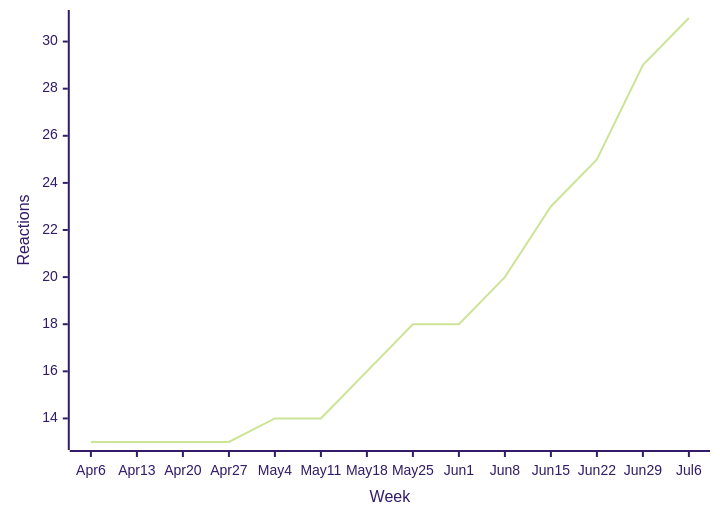
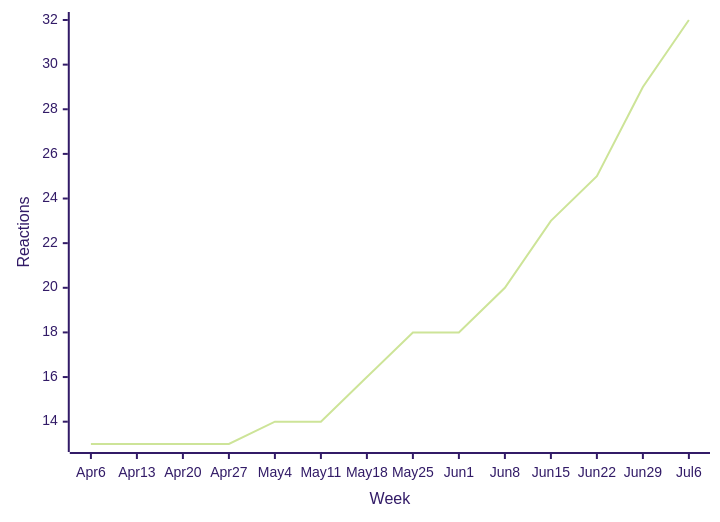
The eighth of 48 diagrams in README.md (loic-sharma/github-insights), drawn with Mermaid (forest theme) before and after one commit. The commit also changed other lines of this file and 2 other files, not shown here.

````diff
--- a/README.md
+++ b/README.md
@@ -458,6 +458,6 @@
   ```mermaid
   xychart-beta
     x-axis "Week" [Apr 6, Apr 13, Apr 20, Apr 27, May 4, May 11, May 18, May 25, Jun 1, Jun 8, Jun 15, Jun 22, Jun 29, Jul 6]
     y-axis "Reactions"
-    line [13, 13, 13, 13, 14, 14, 16, 18, 18, 20, 23, 25, 29, 31]
+    line [13, 13, 13, 13, 14, 14, 16, 18, 18, 20, 23, 25, 29, 32]
   ```
````
